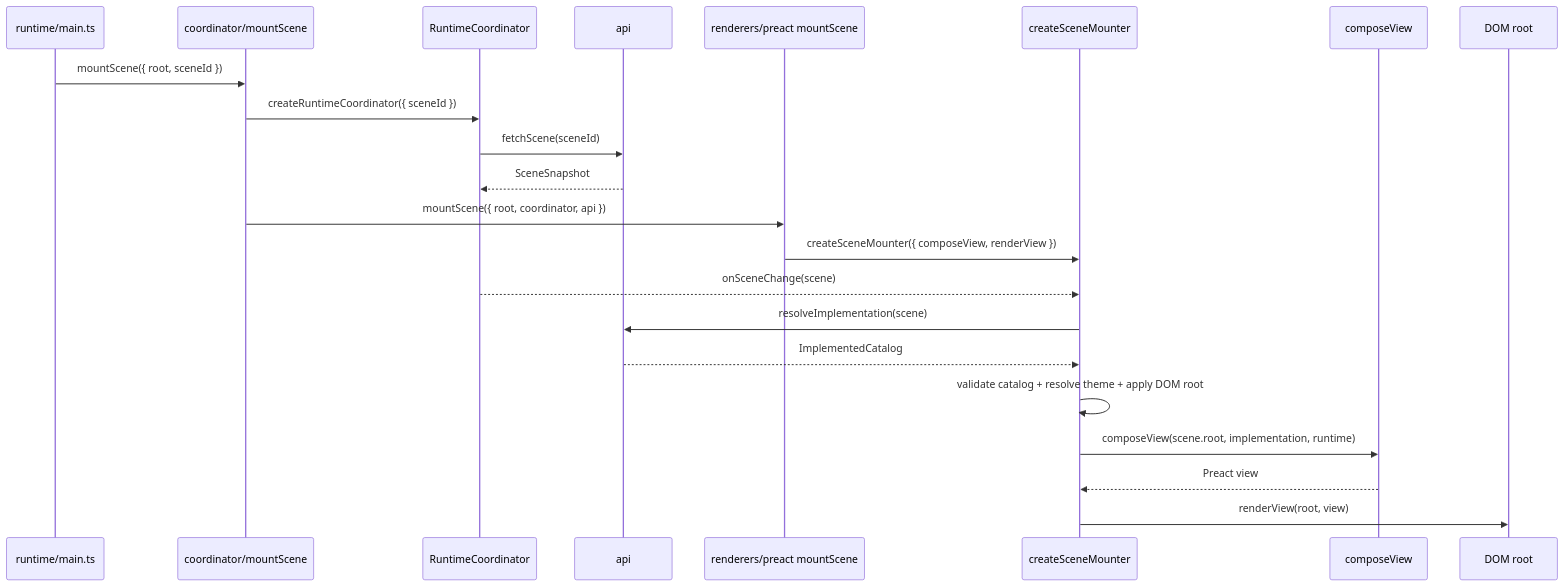
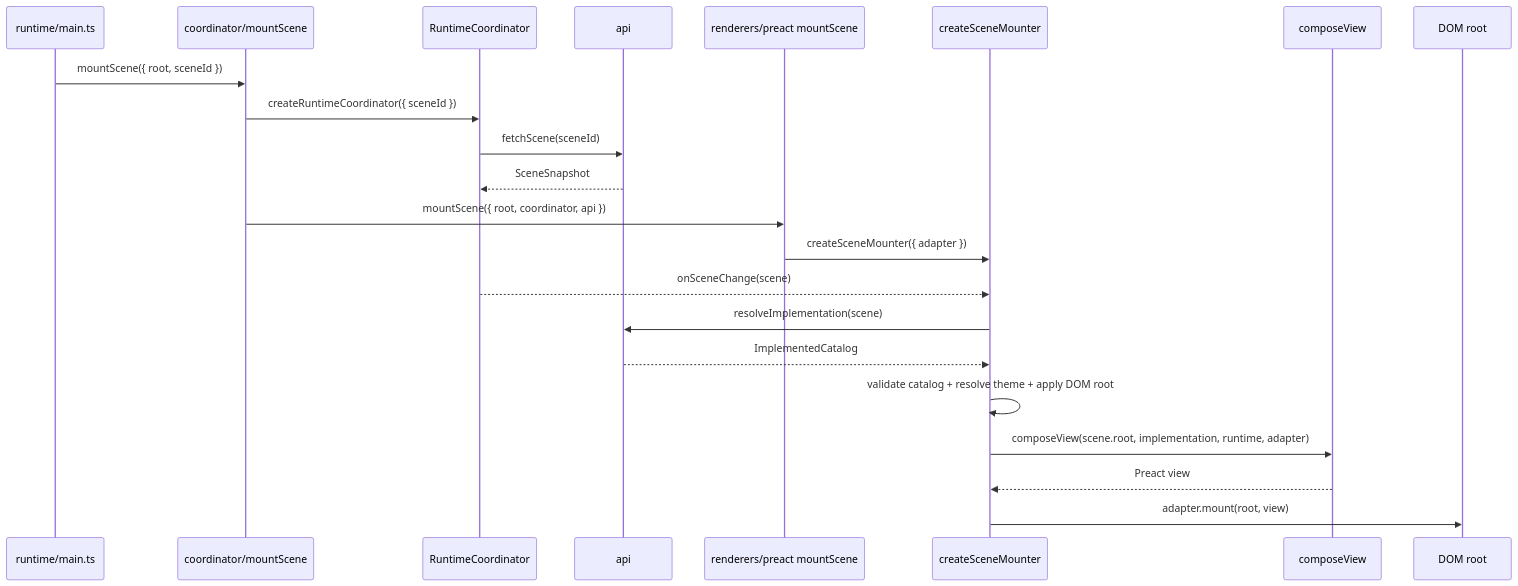
Before and after one commit to acolby/catalogspec: the second of 2 diagrams in experiments/web/renderers/README.md, drawn with Mermaid. The commit also changed other lines of this file and 9 other files, not shown here.

````diff
--- a/experiments/web/renderers/README.md
+++ b/experiments/web/renderers/README.md
@@ -166,25 +173,25 @@
 ```mermaid
 sequenceDiagram
   participant Main as runtime/main.ts
   participant CoordMount as coordinator/mountScene
   participant Coord as RuntimeCoordinator
   participant Api as api
   participant PreactMount as renderers/preact mountScene
   participant Mounter as createSceneMounter
   participant Compose as composeView
   participant DOM as DOM root
 
   Main->>CoordMount: mountScene({ root, sceneId })
   CoordMount->>Coord: createRuntimeCoordinator({ sceneId })
   Coord->>Api: fetchScene(sceneId)
   Api-->>Coord: SceneSnapshot
   CoordMount->>PreactMount: mountScene({ root, coordinator, api })
-  PreactMount->>Mounter: createSceneMounter({ composeView, renderView })
+  PreactMount->>Mounter: createSceneMounter({ adapter })
   Coord-->>Mounter: onSceneChange(scene)
   Mounter->>Api: resolveImplementation(scene)
   Api-->>Mounter: ImplementedCatalog
   Mounter->>Mounter: validate catalog + resolve theme + apply DOM root
-  Mounter->>Compose: composeView(scene.root, implementation, runtime)
+  Mounter->>Compose: composeView(scene.root, implementation, runtime, adapter)
   Compose-->>Mounter: Preact view
-  Mounter->>DOM: renderView(root, view)
+  Mounter->>DOM: adapter.mount(root, view)
 ```
````
